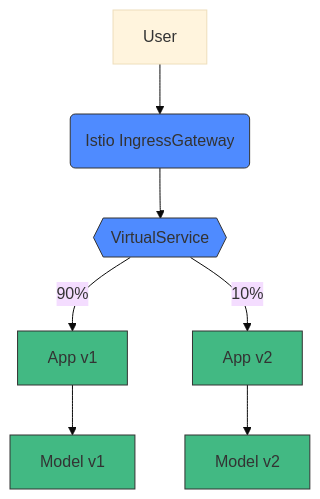
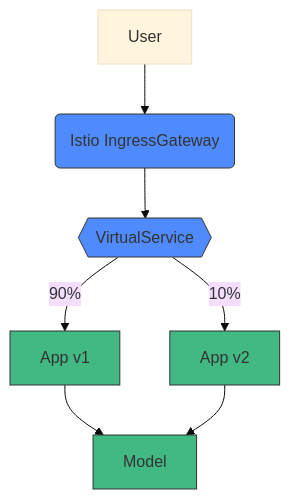
The third of 3 diagrams in docs/deployment.md (remla25-team1/operation), drawn with Mermaid (base theme) before and after one commit. The commit also changed other lines of this file, not shown here.

````diff
--- a/docs/deployment.md
+++ b/docs/deployment.md
@@ -111,14 +111,14 @@
 ```mermaid
 graph TD
   classDef istio fill:#4f8bff,stroke:#333
   classDef k8s fill:#42b983,stroke:#333
 
   A[User] --> B(Istio IngressGateway)
   B --> C{{VirtualService}}
   C -->|90%| D[App v1]
   C -->|10%| E[App v2]
-  D --> F[Model v1]
-  E --> G[Model v2]
+  D --> F[Model]
+  E --> F
   class B,C istio;
-  class D,E,F,G k8s;
+  class D,E,F k8s;
 ```
````
